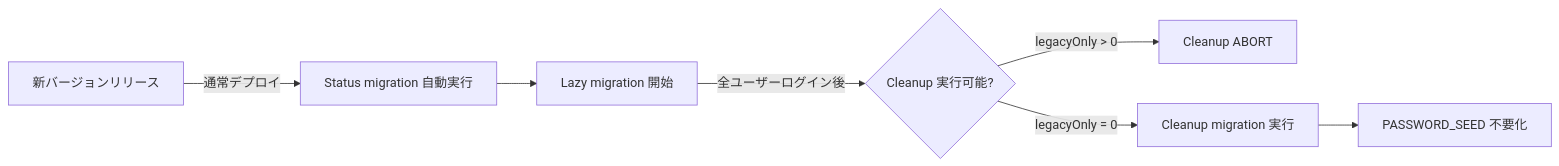
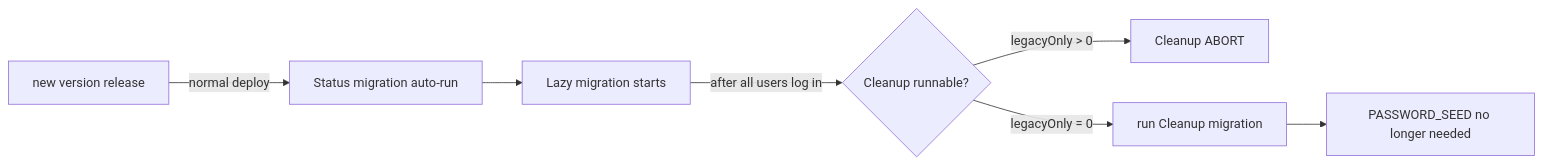
One commit to growilabs/growi changed the fourth of 4 diagrams in .kiro/specs/password-hash-upgrade/design.md. Above: the diagram before and after it, drawn with Mermaid. The commit also changed other lines of this file and 4 other files, not shown here.

````diff
--- a/.kiro/specs/password-hash-upgrade/design.md
+++ b/.kiro/specs/password-hash-upgrade/design.md
@@ -616,9 +616,9 @@
 ```mermaid
 flowchart LR
-    A[新バージョンリリース] -->|通常デプロイ| B[Status migration 自動実行]
-    B --> C[Lazy migration 開始]
-    C -->|全ユーザーログイン後| D{Cleanup 実行可能?}
+    A[new version release] -->|normal deploy| B[Status migration auto-run]
+    B --> C[Lazy migration starts]
+    C -->|after all users log in| D{Cleanup runnable?}
     D -->|legacyOnly > 0| E[Cleanup ABORT]
-    D -->|legacyOnly = 0| F[Cleanup migration 実行]
-    F --> G[PASSWORD_SEED 不要化]
+    D -->|legacyOnly = 0| F[run Cleanup migration]
+    F --> G[PASSWORD_SEED no longer needed]
 ```
````
